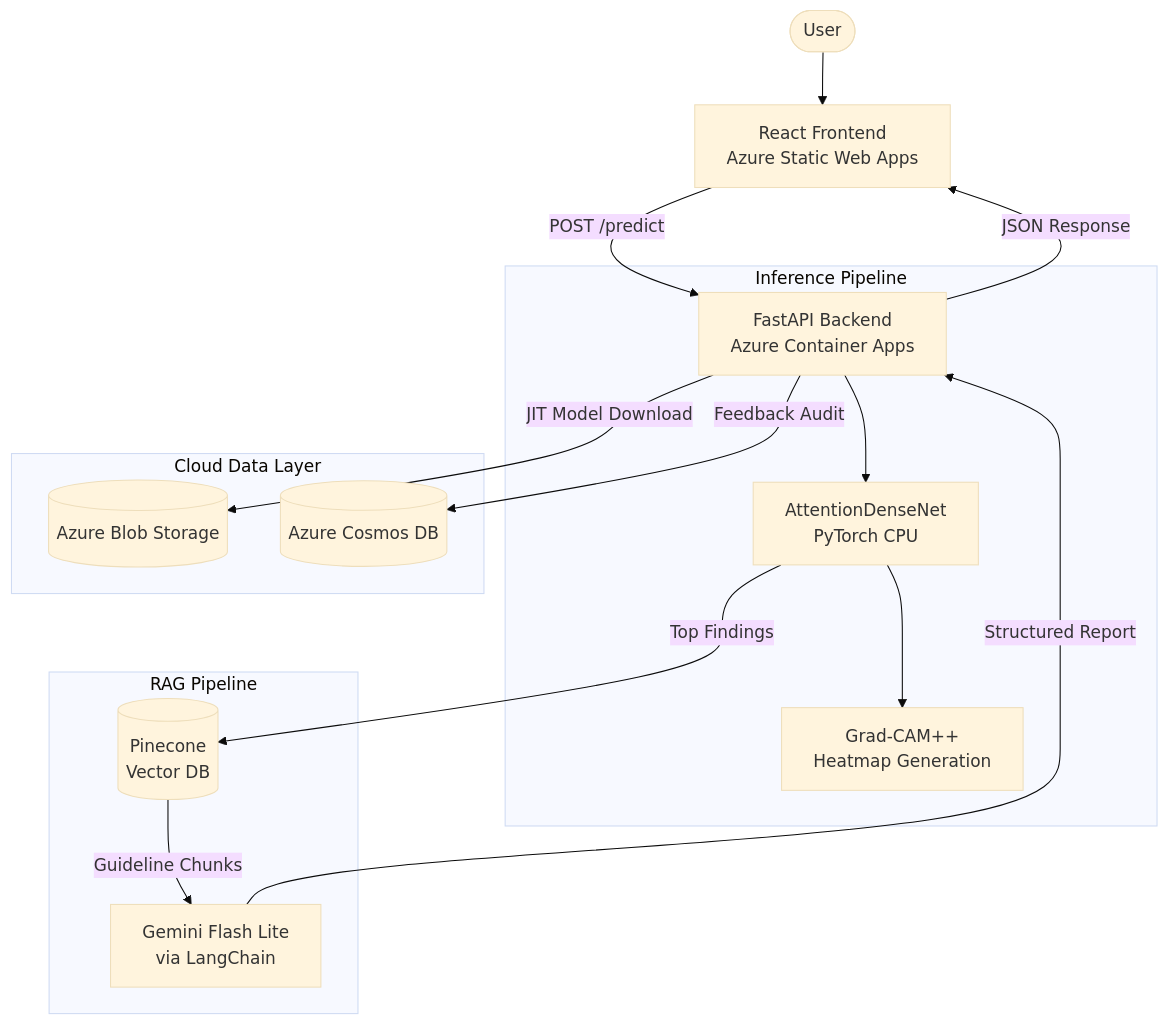
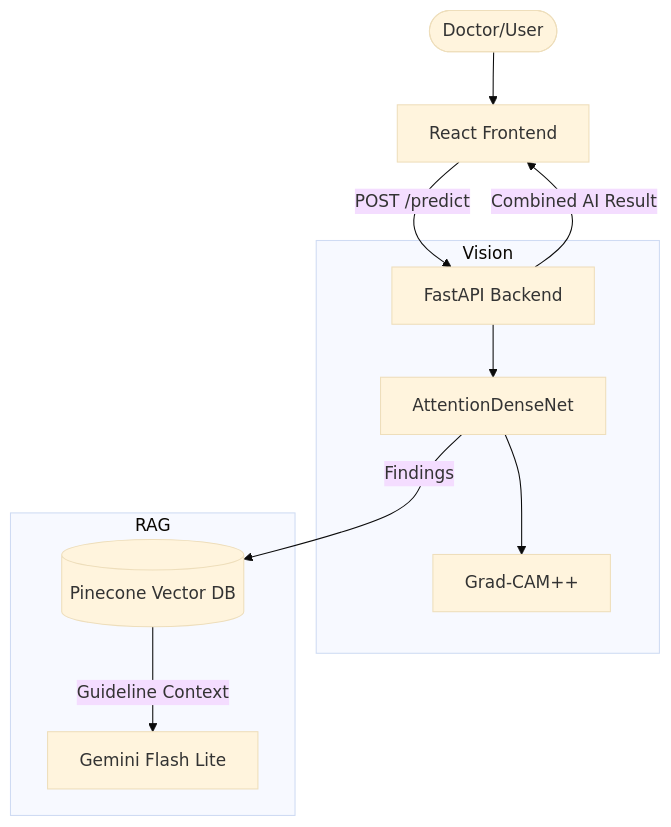
Before and after one commit to anaCS-26/Pulmolens-model: the diagram in README.md, drawn with Mermaid (base theme). The commit also changed other lines of this file and 2 other files, not shown here.

````diff
--- a/README.md
+++ b/README.md
@@ -37,23 +40,17 @@
 ```mermaid
 graph TD
-    User([User]) --> FE[React Frontend<br/>Azure Static Web Apps]
-    FE -->|POST /predict| BE[FastAPI Backend<br/>Azure Container Apps]
+    User([Doctor/User]) --> FE[React Frontend]
+    FE -->|POST /predict| BE[FastAPI Backend]
     
-    subgraph Inference Pipeline
-        BE --> MODEL[AttentionDenseNet<br/>PyTorch CPU]
-        MODEL --> CAM[Grad-CAM++<br/>Heatmap Generation]
+    subgraph Vision
+        BE --> MODEL[AttentionDenseNet]
+        MODEL --> CAM[Grad-CAM++]
     end
     
-    subgraph RAG Pipeline
-        MODEL -->|Top Findings| VDB[(Pinecone<br/>Vector DB)]
-        VDB -->|Guideline Chunks| LLM[Gemini Flash Lite<br/>via LangChain]
-        LLM -->|Structured Report| BE
+    subgraph RAG
+        MODEL -->|Findings| VDB[(Pinecone Vector DB)]
+        VDB -->|Guideline Context| LLM[Gemini Flash Lite]
     end
     
-    subgraph Cloud Data Layer
-        BE -->|JIT Model Download| BLOB[(Azure Blob Storage)]
-        BE -->|Feedback Audit| COSMOS[(Azure Cosmos DB)]
-    end
-    
-    BE -->|JSON Response| FE
+    BE -->|Combined AI Result| FE
 ```
````
